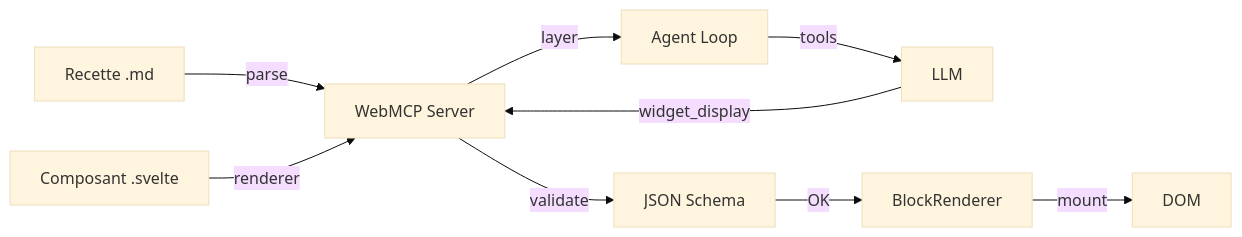
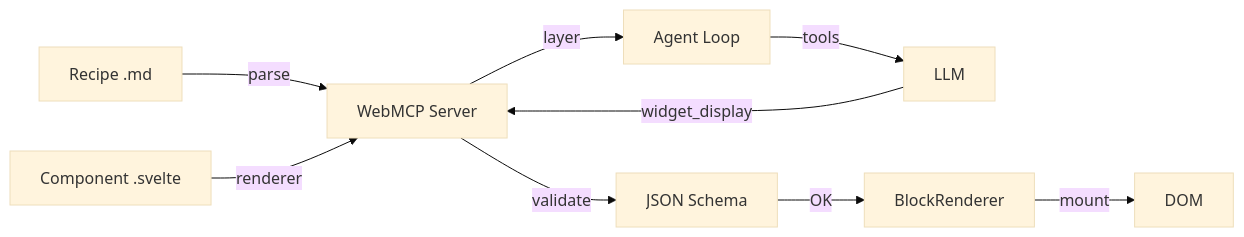
Before and after one commit to jeanbaptiste/webmcp-auto-ui: the third of 3 diagrams in docs/starlight/src/content/docs/tutorials/create-custom-widget.mdx, drawn with Mermaid (base theme). The commit also changed other lines of this file and 94 other files, not shown here.

````diff
--- a/docs/starlight/src/content/docs/tutorials/create-custom-widget.mdx
+++ b/docs/starlight/src/content/docs/tutorials/create-custom-widget.mdx
@@ -434,11 +391,11 @@
 ```mermaid
 graph LR
-    Recipe[Recette .md] -->|parse| Server[WebMCP Server]
-    Component[Composant .svelte] -->|renderer| Server
+    Recipe[Recipe .md] -->|parse| Server[WebMCP Server]
+    Component[Component .svelte] -->|renderer| Server
     Server -->|layer| Loop[Agent Loop]
     Loop -->|tools| LLM[LLM]
     LLM -->|widget_display| Server
     Server -->|validate| Schema[JSON Schema]
     Schema -->|OK| Renderer[BlockRenderer]
     Renderer -->|mount| DOM
 ```
````
